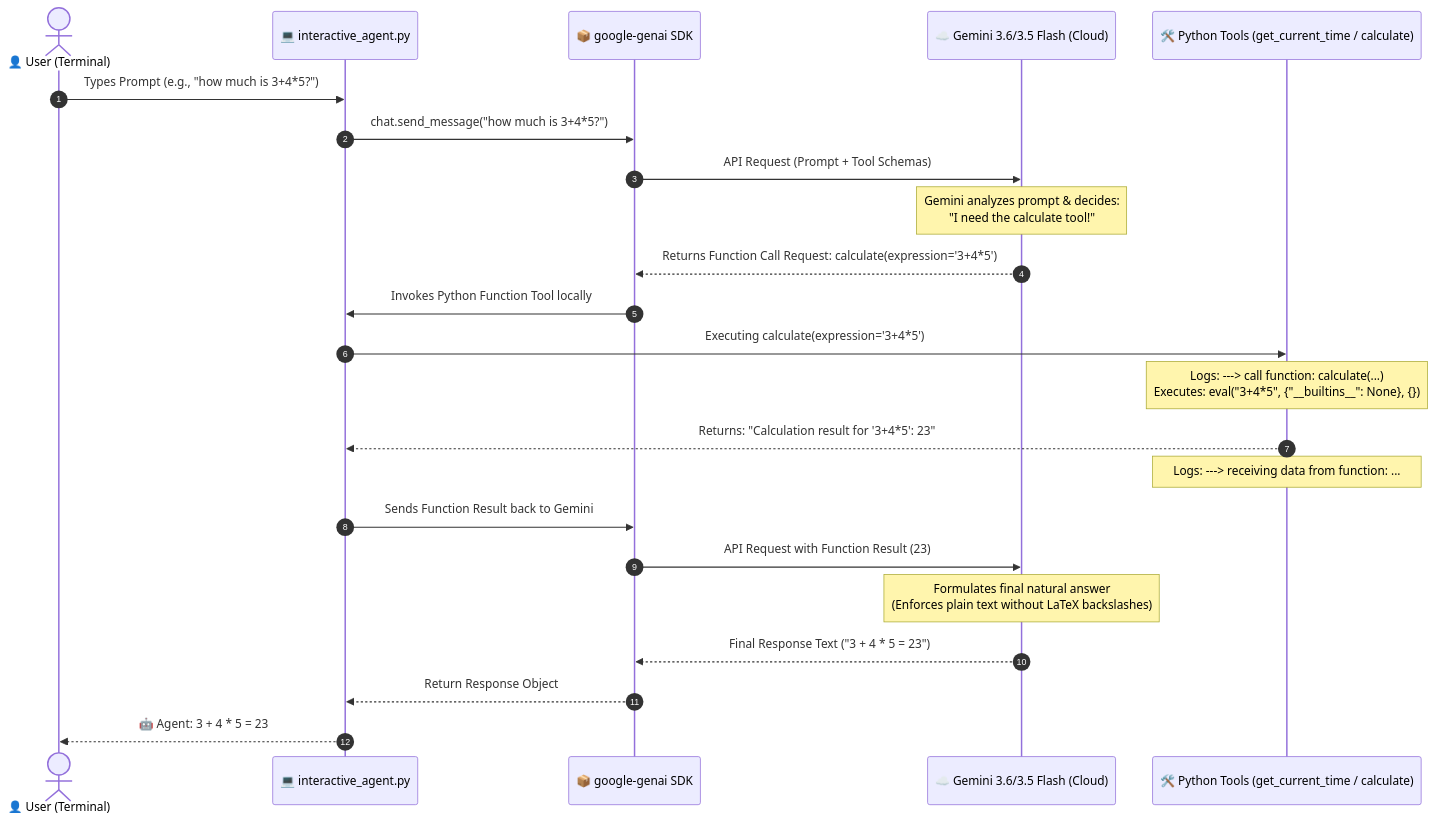
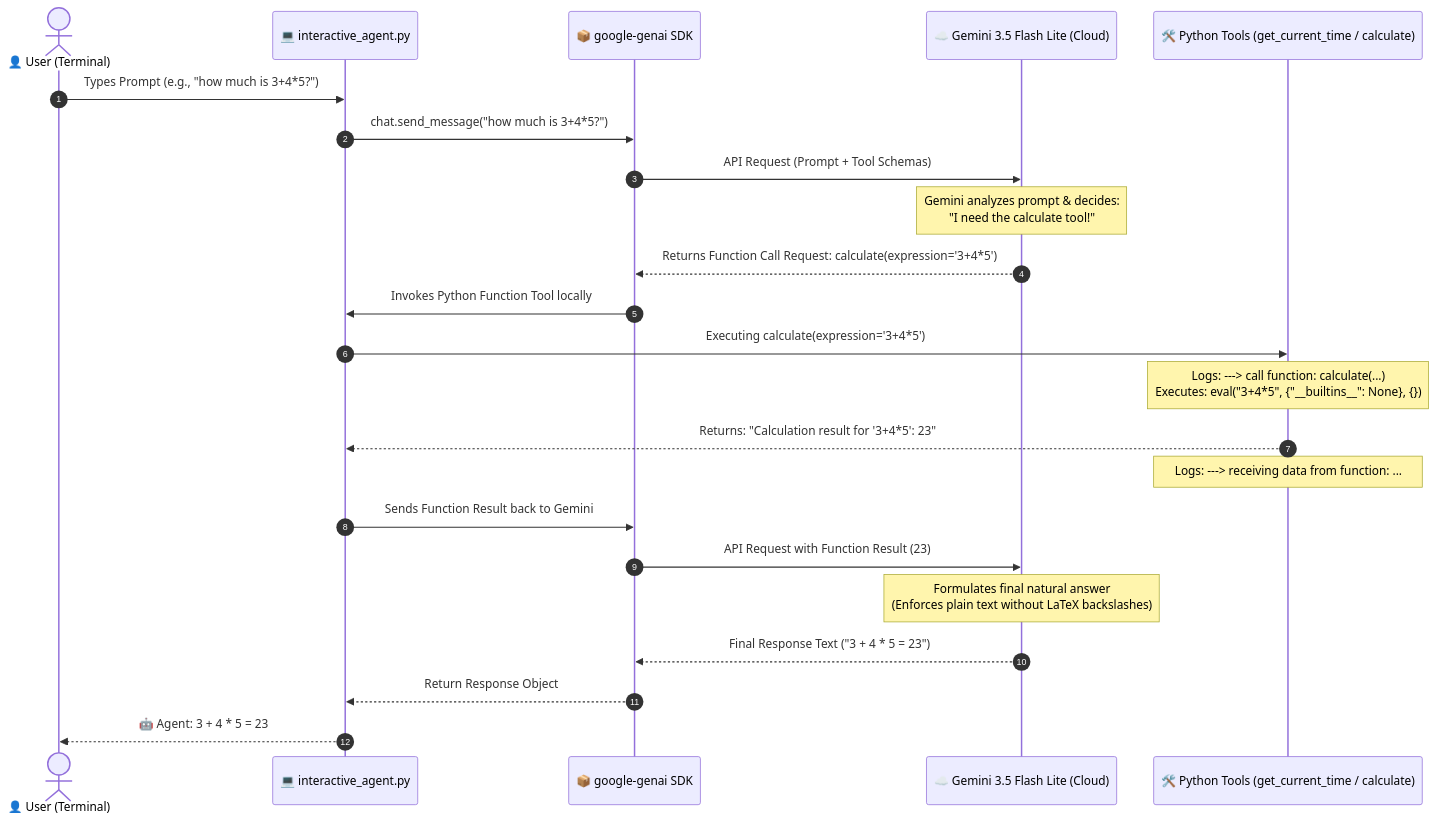
The first of 2 diagrams in ai-agent-demos/single-agent-demo/AGENT_WORKFLOW_EXPLANATION.md (farooque-azam/google-cloud-demo), drawn with Mermaid before and after one commit. The commit also changed other lines of this file and 5 other files, not shown here.

Commit message:
Switch to gemini-3.5-flash-lite model and add token logging

````diff
--- a/ai-agent-demos/single-agent-demo/AGENT_WORKFLOW_EXPLANATION.md
+++ b/ai-agent-demos/single-agent-demo/AGENT_WORKFLOW_EXPLANATION.md
@@ -18,32 +18,32 @@
 ```mermaid
 sequenceDiagram
     autonumber
     actor User as 👤 User (Terminal)
     participant CLI as 💻 interactive_agent.py
     participant SDK as 📦 google-genai SDK
-    participant Gemini as ☁️ Gemini 3.6/3.5 Flash (Cloud)
+    participant Gemini as ☁️ Gemini 3.5 Flash Lite (Cloud)
     participant Tools as 🛠️ Python Tools (get_current_time / calculate)
 
     User->>CLI: Types Prompt (e.g., "how much is 3+4*5?")
     CLI->>SDK: chat.send_message("how much is 3+4*5?")
     SDK->>Gemini: API Request (Prompt + Tool Schemas)
     
     Note over Gemini: Gemini analyzes prompt & decides:<br/>"I need the calculate tool!"
     
     Gemini-->>SDK: Returns Function Call Request: calculate(expression='3+4*5')
     SDK->>CLI: Invokes Python Function Tool locally
     
     CLI->>Tools: Executing calculate(expression='3+4*5')
     Note over Tools: Logs: ---> call function: calculate(...)<br/>Executes: eval("3+4*5", {"__builtins__": None}, {})
     Tools-->>CLI: Returns: "Calculation result for '3+4*5': 23"
     Note over Tools: Logs: ---> receiving data from function: ...
     
     CLI->>SDK: Sends Function Result back to Gemini
     SDK->>Gemini: API Request with Function Result (23)
     
     Note over Gemini: Formulates final natural answer<br/>(Enforces plain text without LaTeX backslashes)
     
     Gemini-->>SDK: Final Response Text ("3 + 4 * 5 = 23")
     SDK-->>CLI: Return Response Object
     CLI-->>User: 🤖 Agent: 3 + 4 * 5 = 23
 ```
````
